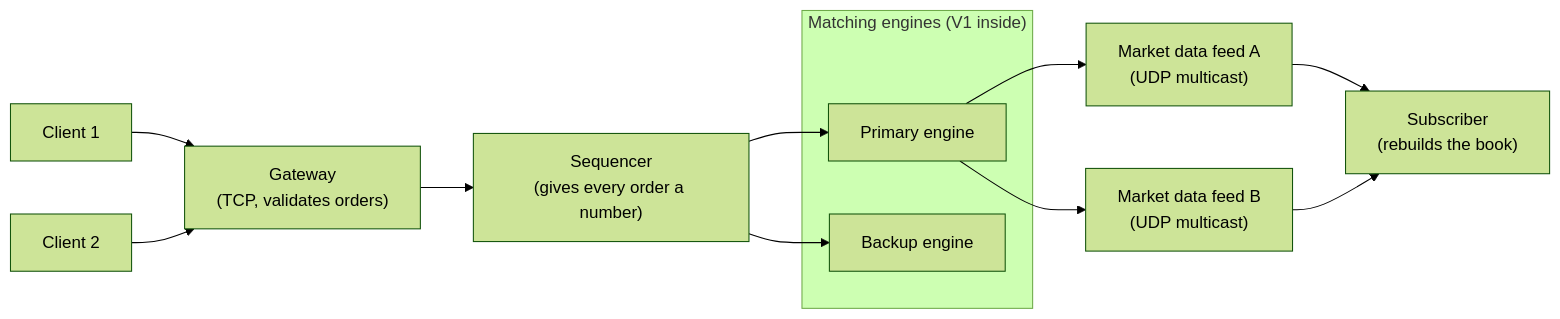
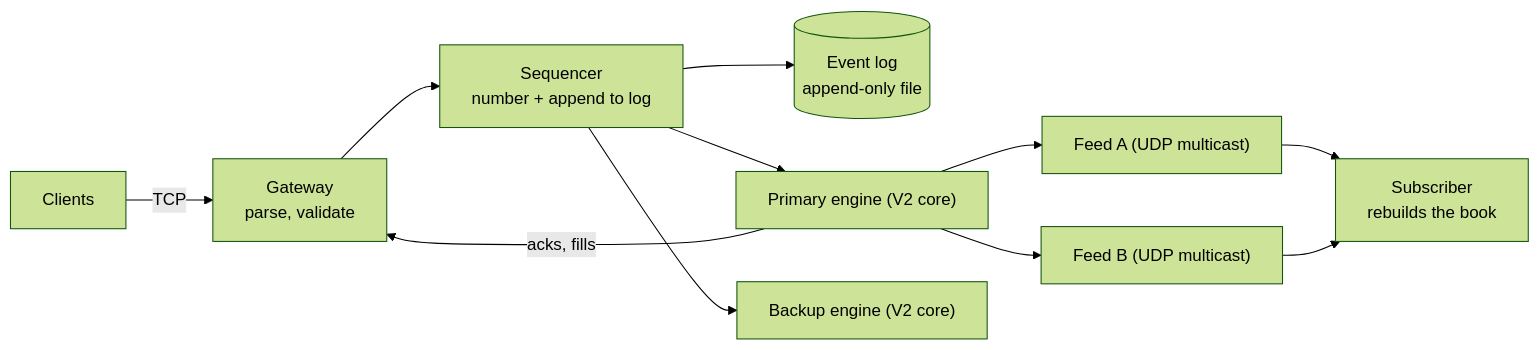
One commit to jan-lozano-dev/cpp-orderbook changed the first of 4 diagrams in v2/idea.md. Above: the diagram before and after it, drawn with Mermaid (forest theme). The commit also changed other lines of this file, not shown here.

````diff
--- a/v2/idea.md
+++ b/v2/idea.md
@@ -62,16 +161,13 @@
 ```mermaid
 flowchart LR
-    C1["Client 1"] --> GW
-    C2["Client 2"] --> GW
-    GW["Gateway<br/>(TCP, validates orders)"] --> SEQ
-    SEQ["Sequencer<br/>(gives every order a number)"] --> P
-    SEQ --> B
-    subgraph ENGINES["Matching engines (V1 inside)"]
-        P["Primary engine"]
-        B["Backup engine"]
-    end
-    P --> FA["Market data feed A<br/>(UDP multicast)"]
-    P --> FB["Market data feed B<br/>(UDP multicast)"]
-    FA --> SUB["Subscriber<br/>(rebuilds the book)"]
+    C["Clients"] -->|TCP| GW["Gateway<br/>parse, validate"]
+    GW --> SEQ["Sequencer<br/>number + append to log"]
+    SEQ --> LOG[("Event log<br/>append-only file")]
+    SEQ --> P["Primary engine (V2 core)"]
+    SEQ --> B["Backup engine (V2 core)"]
+    P -->|acks, fills| GW
+    P --> FA["Feed A (UDP multicast)"]
+    P --> FB["Feed B (UDP multicast)"]
+    FA --> SUB["Subscriber<br/>rebuilds the book"]
     FB --> SUB
 ```
````
